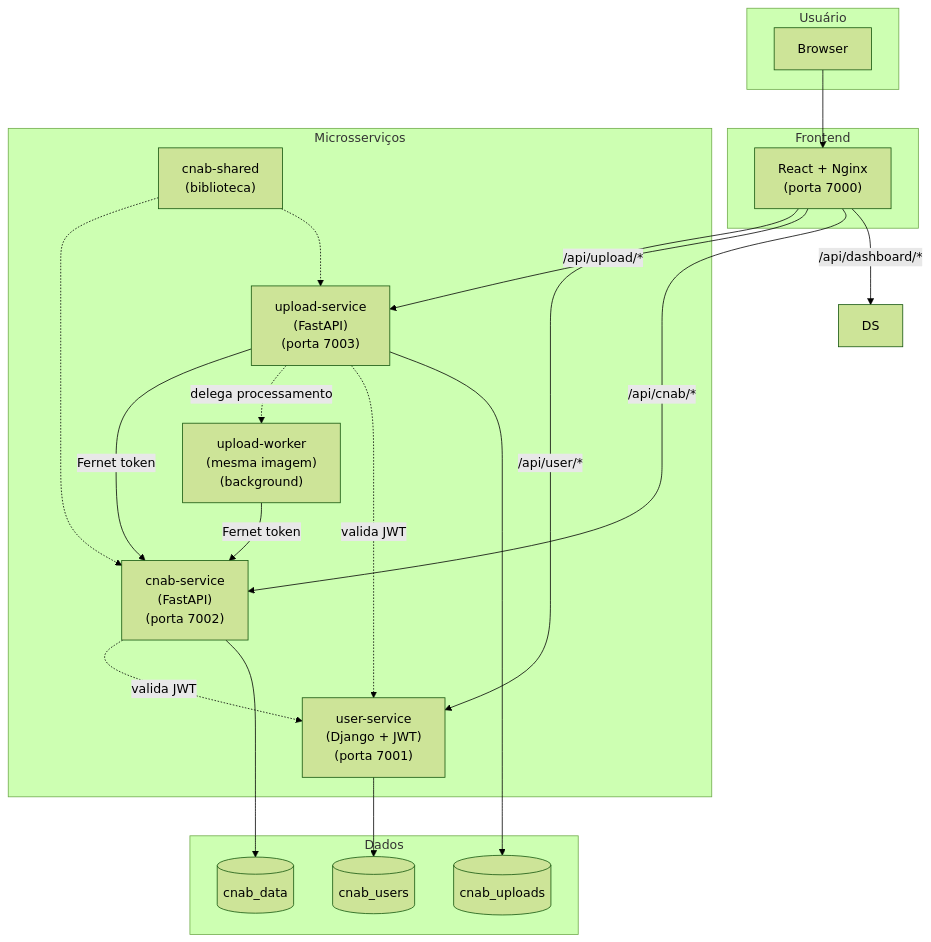
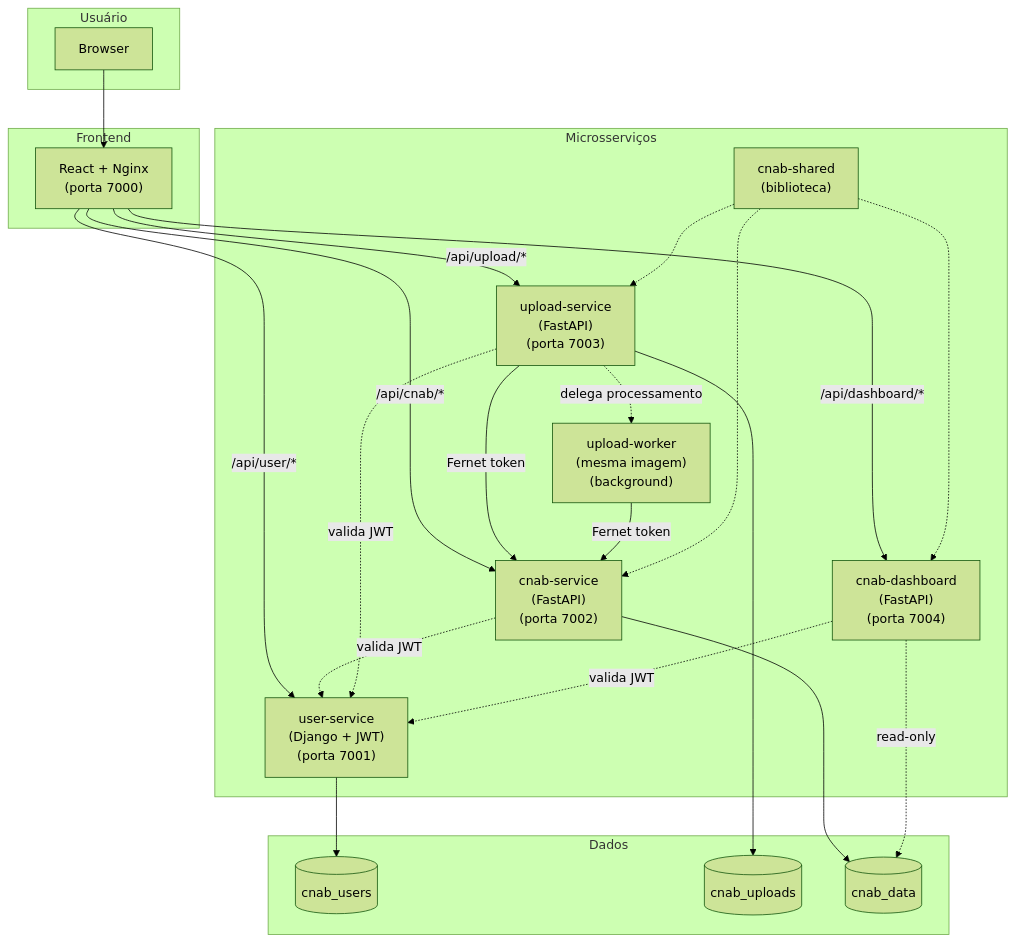
The diagram in docs/00-context/system-context.md (LucasBiason/desafio-dev), drawn with Mermaid (forest theme) before and after one commit. The commit also changed other lines of this file and 6 other files, not shown here.

````diff
--- a/docs/00-context/system-context.md
+++ b/docs/00-context/system-context.md
@@ -16,40 +16,44 @@
 ```mermaid
 flowchart TB
   subgraph User["Usuário"]
     Browser[Browser]
   end
 
   subgraph Frontend["Frontend"]
     FE["React + Nginx\n(porta 7000)"]
   end
 
   subgraph Services["Microsserviços"]
     US["user-service\n(Django + JWT)\n(porta 7001)"]
     UPS["upload-service\n(FastAPI)\n(porta 7003)"]
     UPW["upload-worker\n(mesma imagem)\n(background)"]
     CS["cnab-service\n(FastAPI)\n(porta 7002)"]
+    DS["cnab-dashboard\n(FastAPI)\n(porta 7004)"]
     SH["cnab-shared\n(biblioteca)"]
   end
 
   subgraph Data["Dados"]
     PG_USERS[("cnab_users")]
     PG_UPLOADS[("cnab_uploads")]
     PG_DATA[("cnab_data")]
   end
 
   Browser --> FE
   FE -->|"/api/user/*"| US
   FE -->|"/api/upload/*"| UPS
   FE -->|"/api/cnab/*"| CS
   FE -->|"/api/dashboard/*"| DS
   UPS -->|"Fernet token"| CS
   UPS -.->|"delega processamento"| UPW
   UPW -->|"Fernet token"| CS
   CS -.->|"valida JWT"| US
   UPS -.->|"valida JWT"| US
+  DS -.->|"valida JWT"| US
   SH -.-> CS
   SH -.-> UPS
+  SH -.-> DS
   US --> PG_USERS
   UPS --> PG_UPLOADS
   CS --> PG_DATA
+  DS -.->|"read-only"| PG_DATA
 ```
````
